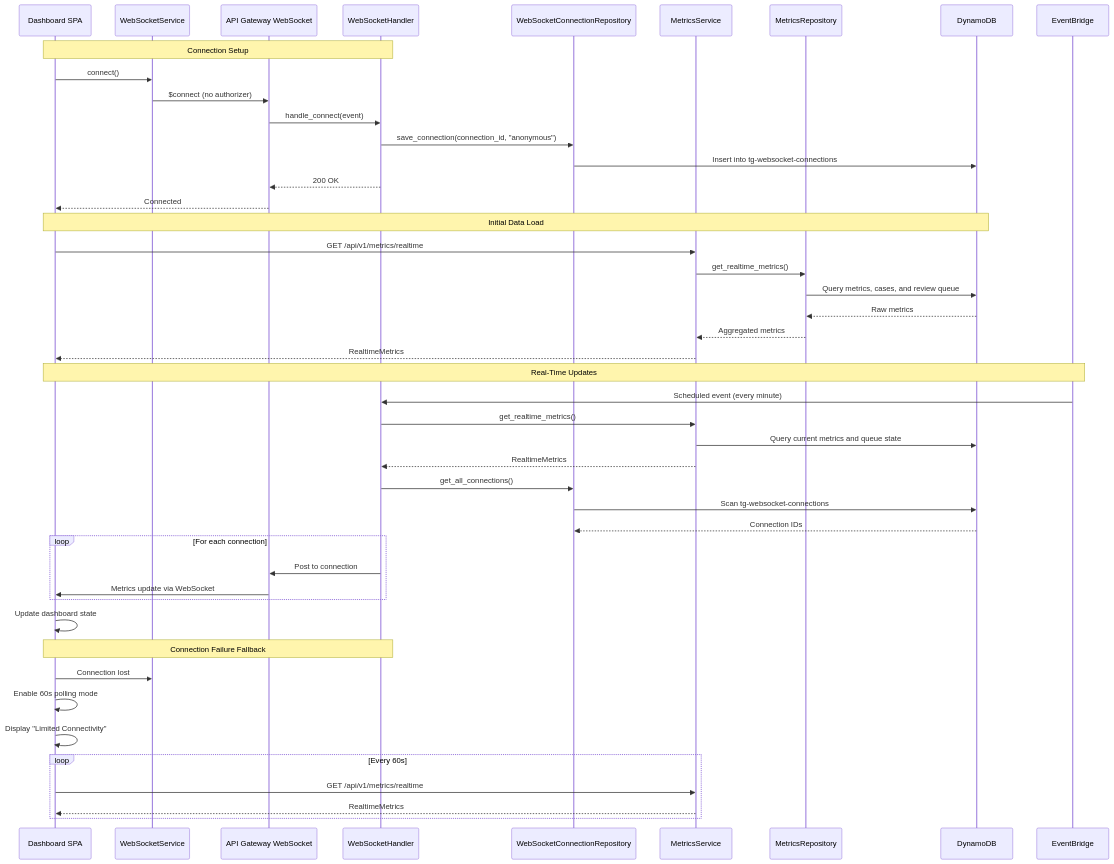
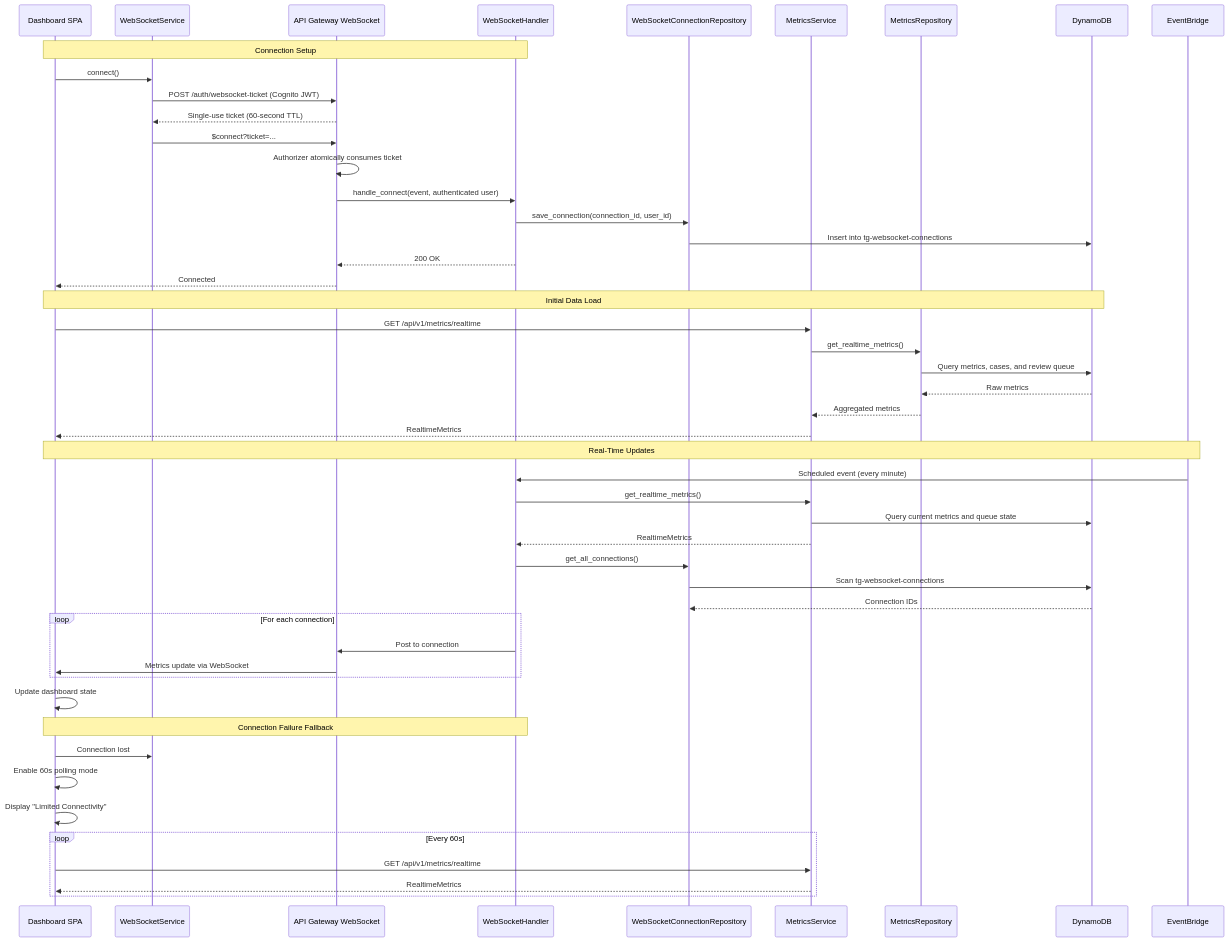
The sixth of 8 diagrams in docs/design.md (hk-775/trust-safety-orchestration-agent), drawn with Mermaid before and after one commit. The commit also changed other lines of this file and 39 other files, not shown here.

````diff
--- a/docs/design.md
+++ b/docs/design.md
@@ -2833,60 +2846,63 @@
 ```mermaid
 sequenceDiagram
     participant UI as Dashboard SPA
     participant WSS as WebSocketService
     participant APIG as API Gateway WebSocket
     participant WSH as WebSocketHandler
     participant WCR as WebSocketConnectionRepository
     participant MS as MetricsService
     participant MR as MetricsRepository
     participant DDB as DynamoDB
     participant EB as EventBridge
 
     Note over UI,WSH: Connection Setup
     
     UI->>WSS: connect()
-    WSS->>APIG: $connect (no authorizer)
-    APIG->>WSH: handle_connect(event)
-    WSH->>WCR: save_connection(connection_id, "anonymous")
+    WSS->>APIG: POST /auth/websocket-ticket (Cognito JWT)
+    APIG-->>WSS: Single-use ticket (60-second TTL)
+    WSS->>APIG: $connect?ticket=...
+    APIG->>APIG: Authorizer atomically consumes ticket
+    APIG->>WSH: handle_connect(event, authenticated user)
+    WSH->>WCR: save_connection(connection_id, user_id)
     WCR->>DDB: Insert into tg-websocket-connections
     WSH-->>APIG: 200 OK
     APIG-->>UI: Connected
     
     Note over UI,DDB: Initial Data Load
     
     UI->>MS: GET /api/v1/metrics/realtime
     MS->>MR: get_realtime_metrics()
     MR->>DDB: Query metrics, cases, and review queue
     DDB-->>MR: Raw metrics
     MR-->>MS: Aggregated metrics
     MS-->>UI: RealtimeMetrics
     
     Note over EB,UI: Real-Time Updates
     
     EB->>WSH: Scheduled event (every minute)
     WSH->>MS: get_realtime_metrics()
     MS->>DDB: Query current metrics and queue state
     MS-->>WSH: RealtimeMetrics
     
     WSH->>WCR: get_all_connections()
     WCR->>DDB: Scan tg-websocket-connections
     DDB-->>WCR: Connection IDs
     
     loop For each connection
         WSH->>APIG: Post to connection
         APIG->>UI: Metrics update via WebSocket
     end
     
     UI->>UI: Update dashboard state
     
     Note over UI,WSH: Connection Failure Fallback
     
     UI->>WSS: Connection lost
     UI->>UI: Enable 60s polling mode
     UI->>UI: Display "Limited Connectivity"
     
     loop Every 60s
         UI->>MS: GET /api/v1/metrics/realtime
         MS-->>UI: RealtimeMetrics
     end
 ```
````
